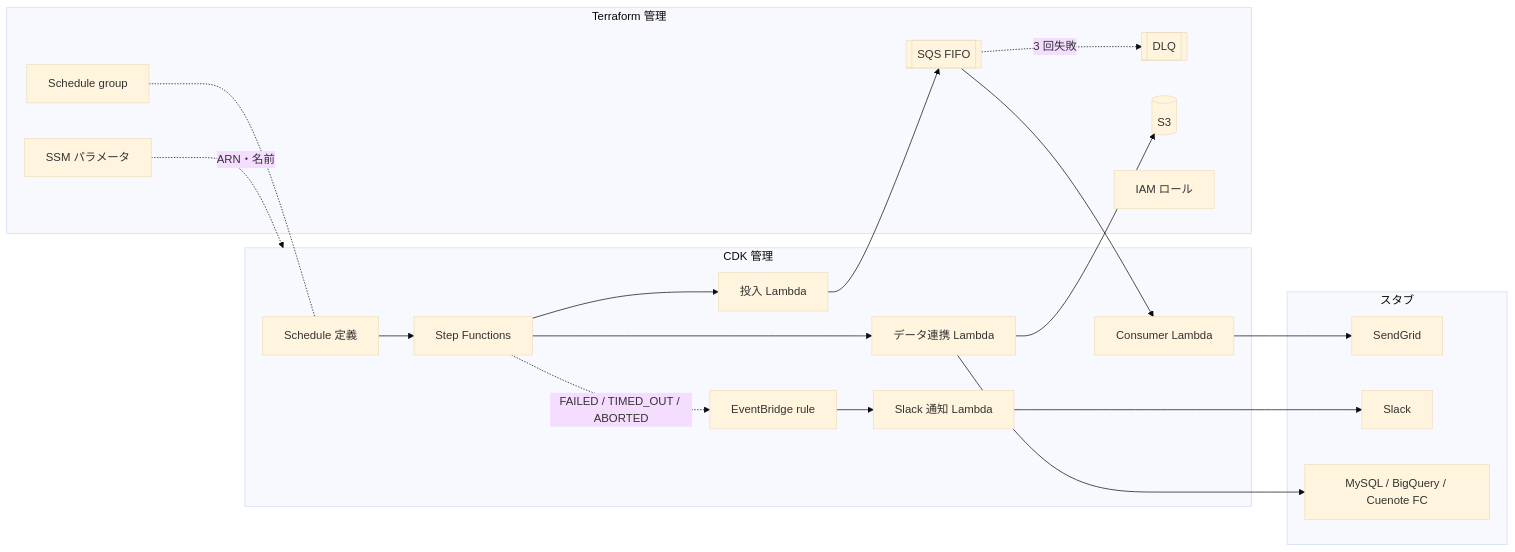
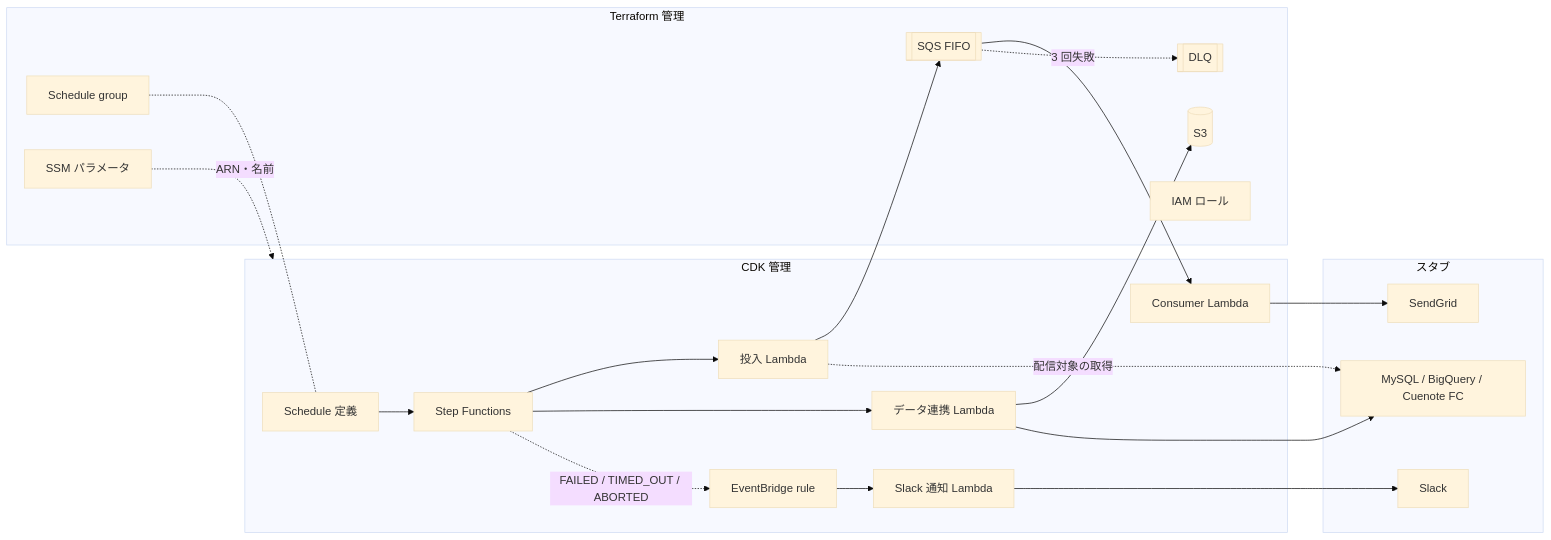
The diagram in docs/09-architecture-specification.md (kojikawazu/serverless-practice-app), drawn with Mermaid (base theme) before and after one commit. The commit also changed 9 other files, not shown here.

````diff
--- a/docs/09-architecture-specification.md
+++ b/docs/09-architecture-specification.md
@@ -88,35 +88,36 @@
 ```mermaid
 flowchart LR
     subgraph CDK["CDK 管理"]
         SCH[Schedule 定義]
         SFN[Step Functions]
         ENQ[投入 Lambda]
         SYNC[データ連携 Lambda]
         CON[Consumer Lambda]
         RULE[EventBridge rule]
         NOTIFY[Slack 通知 Lambda]
     end
     subgraph TF["Terraform 管理"]
         GRP[Schedule group]
         Q[[SQS FIFO]]
         DLQ[[DLQ]]
         S3[(S3)]
         IAM[IAM ロール]
         SSM[SSM パラメータ]
     end
     subgraph STUB["スタブ"]
         SG[SendGrid]
         SLACK[Slack]
         EXT[MySQL / BigQuery / Cuenote FC]
     end
 
     GRP -.- SCH
     SCH --> SFN
     SFN --> ENQ --> Q --> CON --> SG
+    ENQ -. 配信対象の取得 .-> EXT
     Q -. 3 回失敗 .-> DLQ
     SFN --> SYNC
     SYNC --> S3
     SYNC --> EXT
     SFN -. FAILED / TIMED_OUT / ABORTED .-> RULE --> NOTIFY --> SLACK
     SSM -. ARN・名前 .-> CDK
 ```
````
